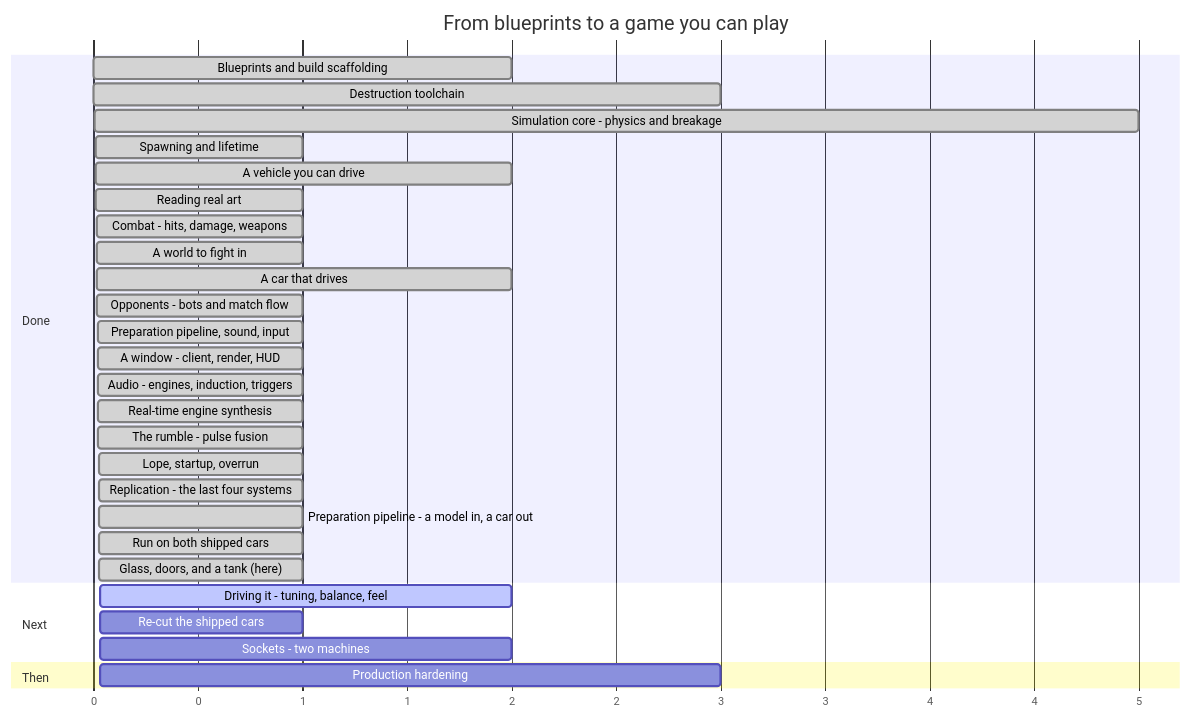
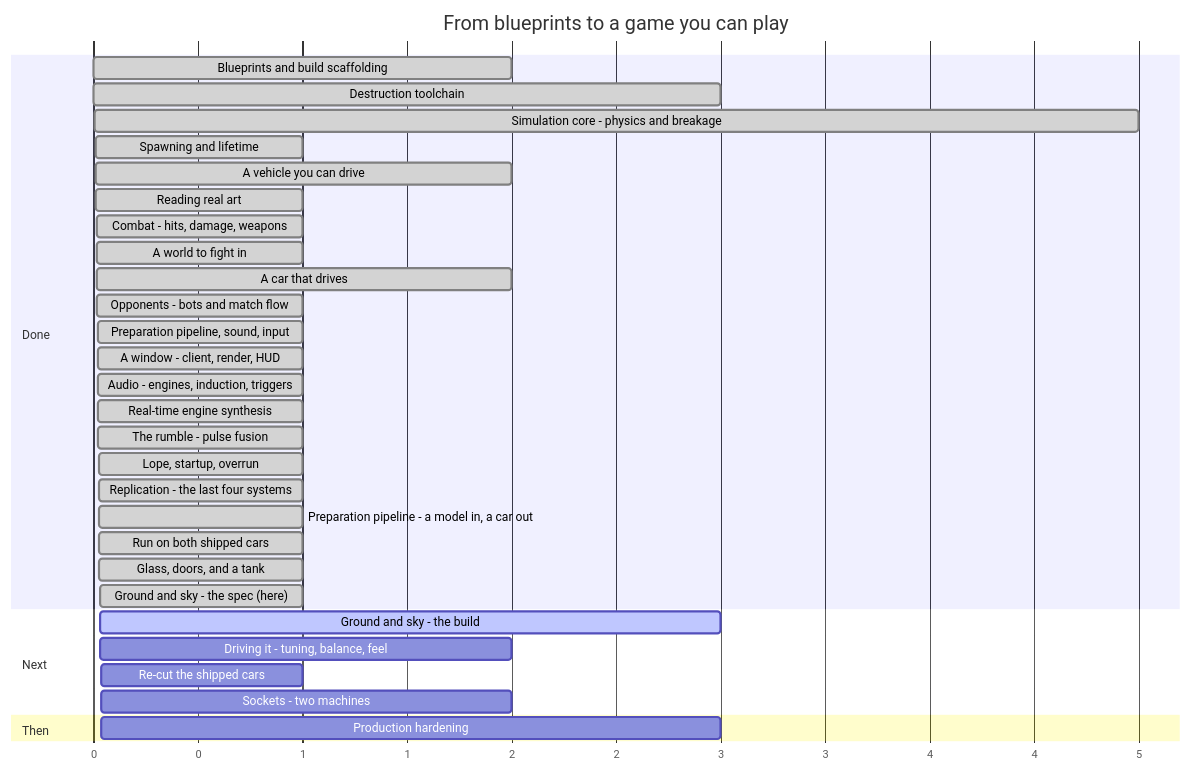
Before and after one commit to RobLobsta/Syndicate: the diagram in ROADMAP.md, drawn with Mermaid. The commit also changed other lines of this file and 11 other files, not shown here.

````diff
--- a/ROADMAP.md
+++ b/ROADMAP.md
@@ -25,36 +27,38 @@
 ```mermaid
 gantt
     title From blueprints to a game you can play
     dateFormat X
     axisFormat %s
 
     section Done
     Blueprints and build scaffolding        :done, p0, 0, 2
     Destruction toolchain                   :done, p1, 2, 3
     Simulation core - physics and breakage   :done, p2, 5, 5
     Spawning and lifetime                   :done, p3, 10, 1
     A vehicle you can drive                 :done, p4, 11, 2
     Reading real art                        :done, p6a, 13, 1
     Combat - hits, damage, weapons          :done, p5, 14, 1
     A world to fight in                     :done, p6, 15, 1
     A car that drives                       :done, p6b, 16, 2
     Opponents - bots and match flow         :done, p8, 18, 1
     Preparation pipeline, sound, input      :done, p6c, 19, 1
     A window - client, render, HUD          :done, p7, 20, 1
     Audio - engines, induction, triggers    :done, p7b, 21, 1
     Real-time engine synthesis              :done, p7c, 22, 1
     The rumble - pulse fusion               :done, p7d, 23, 1
     Lope, startup, overrun                  :done, p7e, 24, 1
     Replication - the last four systems     :done, p9a, 25, 1
     Preparation pipeline - a model in, a car out :done, p6d, 26, 1
     Run on both shipped cars                :done, p6e, 27, 1
-    Glass, doors, and a tank (here)         :done, p6f, 28, 1
+    Glass, doors, and a tank                :done, p6f, 28, 1
+    Ground and sky - the spec (here)        :done, p12a, 29, 1
 
     section Next
-    Driving it - tuning, balance, feel      :active, p11, 29, 2
-    Re-cut the shipped cars                 :p6g, 31, 1
-    Sockets - two machines                  :p9b, 32, 2
+    Ground and sky - the build              :active, p12, 30, 3
+    Driving it - tuning, balance, feel      :p11, 33, 2
+    Re-cut the shipped cars                 :p6g, 35, 1
+    Sockets - two machines                  :p9b, 36, 2
 
     section Then
-    Production hardening                    :p10, 33, 3
+    Production hardening                    :p10, 38, 3
 ```
````
